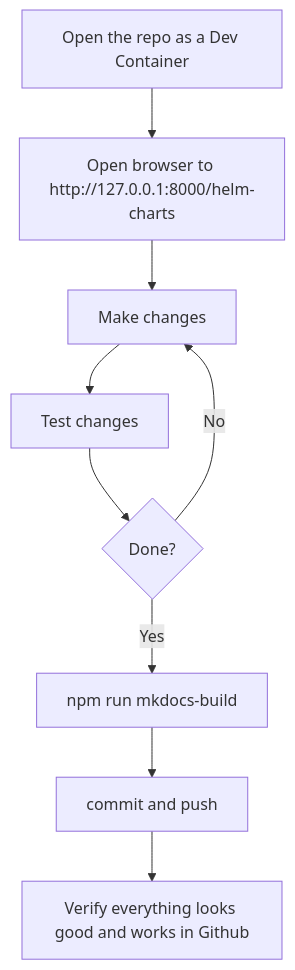
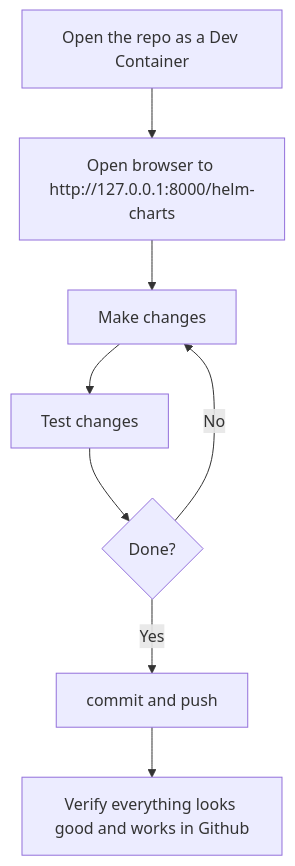
The diagram in pages/docs/how.md (alexdresko/helm-charts), drawn with Mermaid before and after one commit.

Commit message:
Just wanna test this out again

````diff
--- a/pages/docs/how.md
+++ b/pages/docs/how.md
@@ -17,7 +17,6 @@
 ``` mermaid
 graph TD
   A[Open the repo as a Dev Container] --> C[Open browser to http://127.0.0.1:8000/helm-charts];
-  C --> D[Make changes] --> E[Test changes] --> F{Done?} -->|Yes| G[npm run mkdocs-build]
+  C --> D[Make changes] --> E[Test changes] --> F{Done?} -->|Yes| G[commit and push] --> I[Verify everything looks good and works in Github]
   F -->|No| D
-  G --> H[commit and push] --> I[Verify everything looks good and works in Github]
 ```
````
